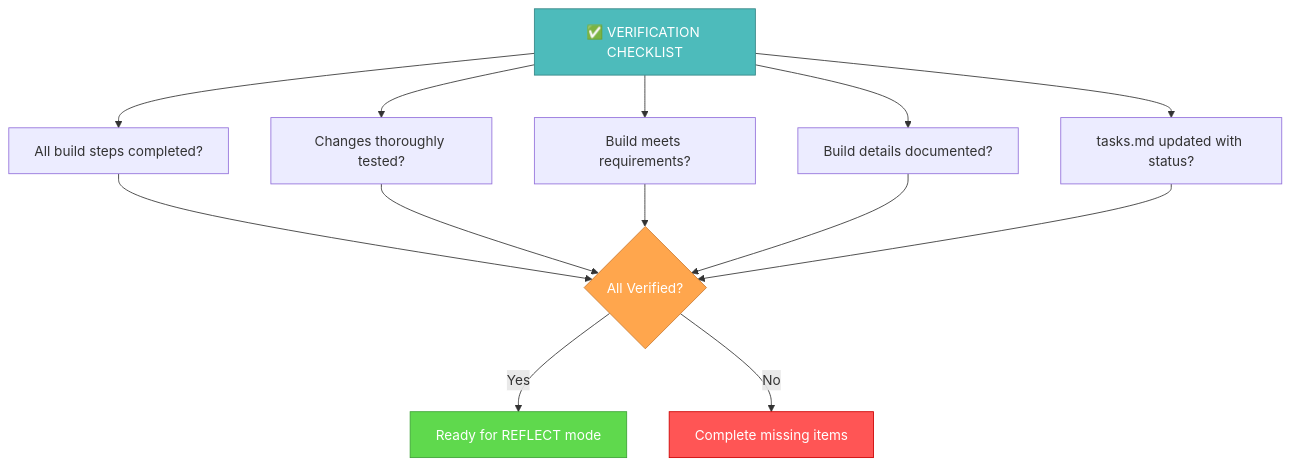
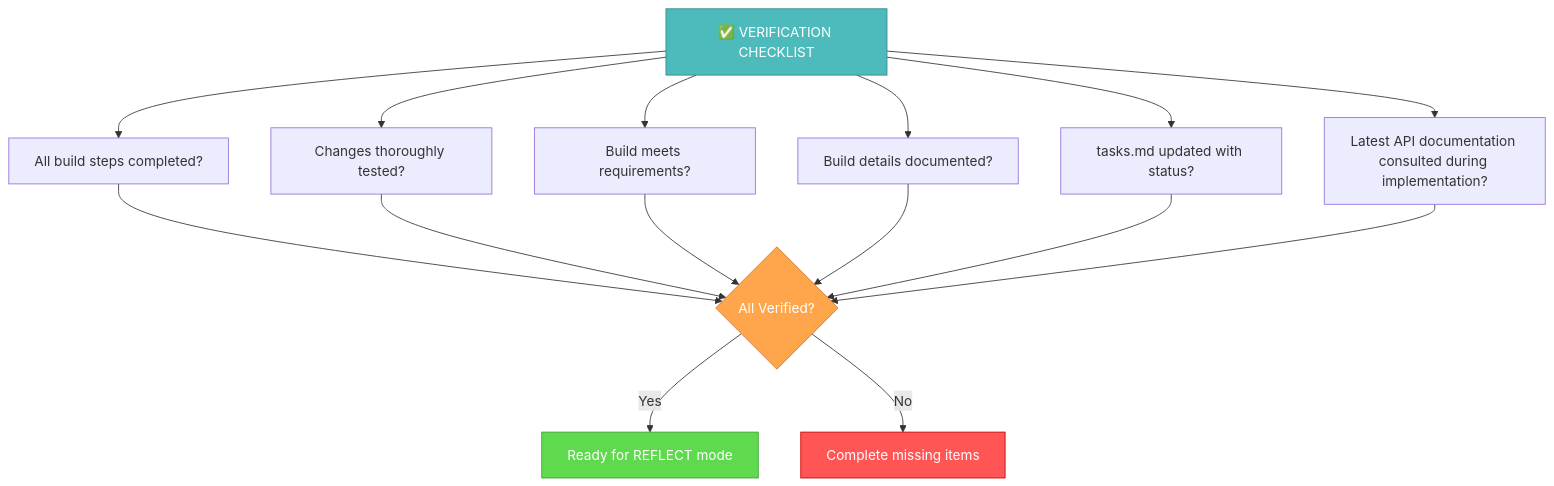
Before and after one commit to 7Spade/cursor-graph-bank-account: the sixth of 6 diagrams in .cursor/rules/isolation_rules/Modes/implement-mode-custom.mdc, drawn with Mermaid. The commit also changed other lines of this file and 130 other files, not shown here.

````diff
--- a/.cursor/rules/isolation_rules/Modes/implement-mode-custom.mdc
+++ b/.cursor/rules/isolation_rules/Modes/implement-mode-custom.mdc
@@ -325,23 +342,24 @@
 ```mermaid
 ---
 config:
   layout: dagre
   look: classic
   theme: default
 ---
 flowchart TD
     V["✅ VERIFICATION CHECKLIST"] --> I["All build steps completed?"]
     V --> T["Changes thoroughly tested?"]
     V --> R["Build meets requirements?"]
     V --> D["Build details documented?"]
     V --> U["tasks.md updated with status?"]
-    
-    I & T & R & D & U --> Decision{"All Verified?"}
+    V --> A["Latest API documentation consulted during implementation?"]
+
+    I & T & R & D & U & A --> Decision{"All Verified?"}
     Decision -->|"Yes"| Complete["Ready for REFLECT mode"]
     Decision -->|"No"| Fix["Complete missing items"]
-    
+
     style V fill:#4dbbbb,stroke:#368787,color:white
     style Decision fill:#ffa64d,stroke:#cc7a30,color:white
     style Complete fill:#5fd94d,stroke:#3da336,color:white
     style Fix fill:#ff5555,stroke:#cc0000,color:white
 ```
````
